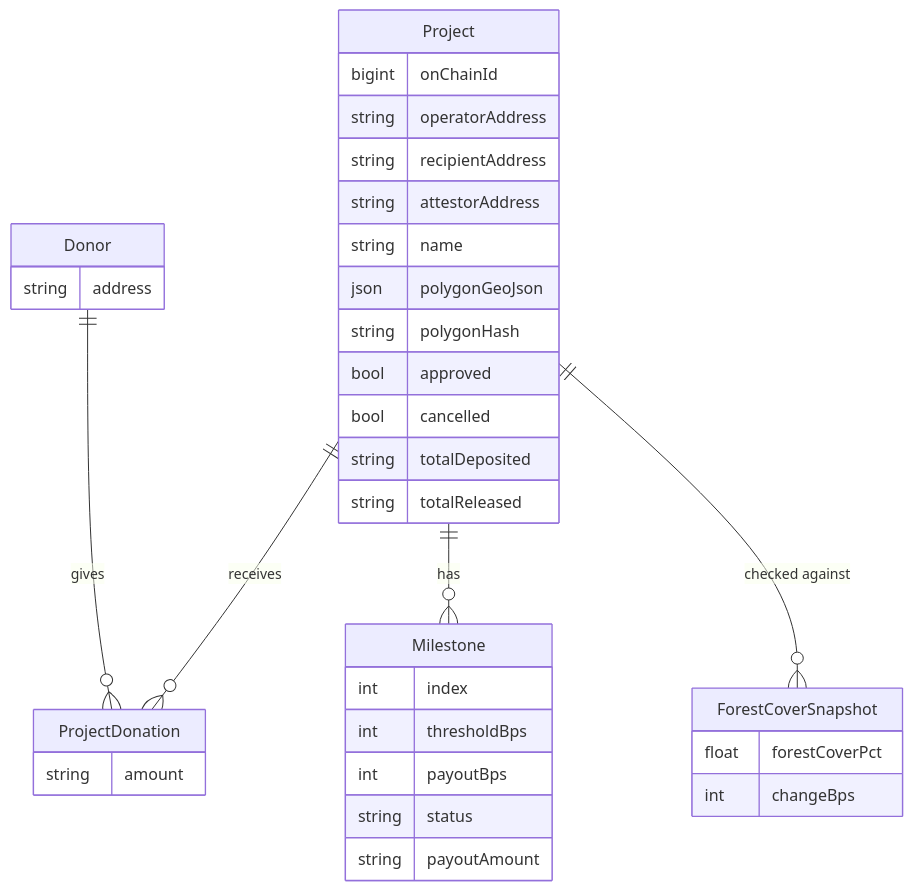
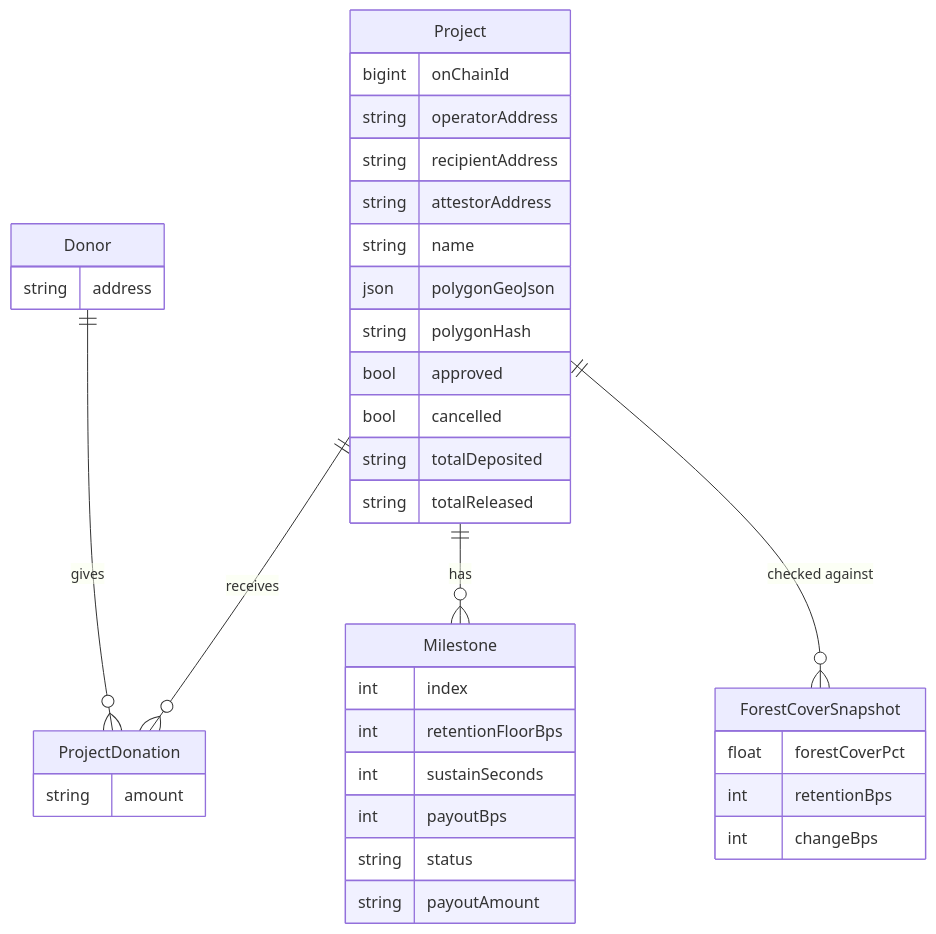
One commit to Canopychain/canopychain-docs changed the diagram in docs/data-model.md. Above: the diagram before and after it, drawn with Mermaid. The commit also changed other lines of this file and 3 other files, not shown here.

````diff
--- a/docs/data-model.md
+++ b/docs/data-model.md
@@ -20,38 +20,40 @@
 ```mermaid
 erDiagram
     Donor ||--o{ ProjectDonation : "gives"
     Project ||--o{ ProjectDonation : "receives"
     Project ||--o{ Milestone : "has"
     Project ||--o{ ForestCoverSnapshot : "checked against"
 
     Donor {
         string address
     }
     Project {
         bigint onChainId
         string operatorAddress
         string recipientAddress
         string attestorAddress
         string name
         json polygonGeoJson
         string polygonHash
         bool approved
         bool cancelled
         string totalDeposited
         string totalReleased
     }
     Milestone {
         int index
-        int thresholdBps
+        int retentionFloorBps
+        int sustainSeconds
         int payoutBps
         string status
         string payoutAmount
     }
     ProjectDonation {
         string amount
     }
     ForestCoverSnapshot {
         float forestCoverPct
+        int retentionBps
         int changeBps
     }
 ```
````
